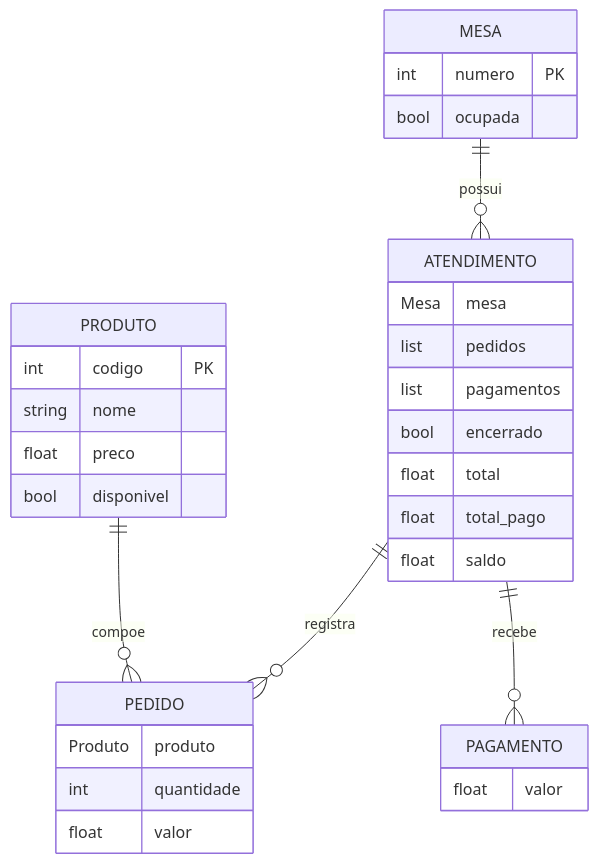
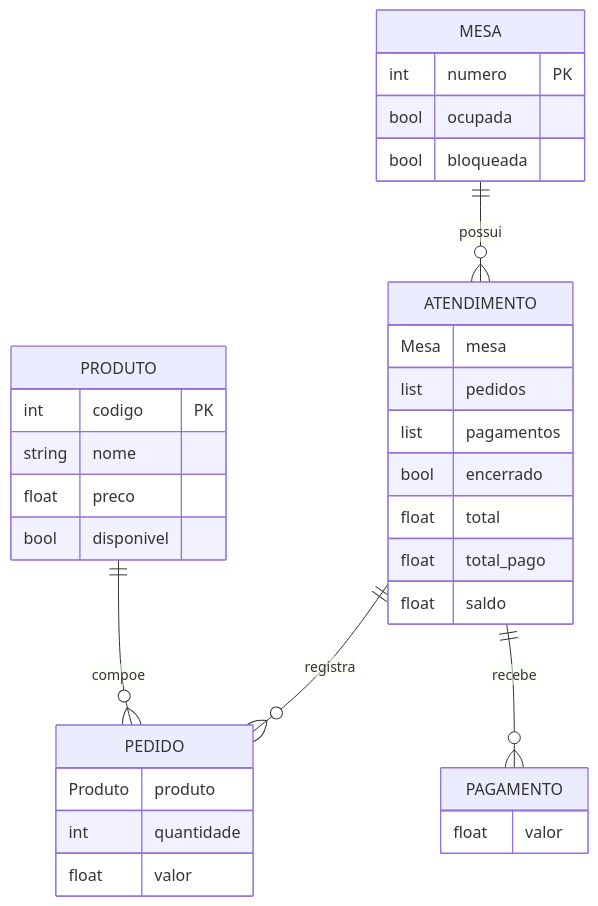
Before and after one commit to lariescolar/RegistroDeComandas: the diagram in README.md, drawn with Mermaid. The commit also changed other lines of this file and 71 other files, not shown here.

````diff
--- a/README.md
+++ b/README.md
@@ -203,39 +239,40 @@
 ```mermaid
 erDiagram
     MESA ||--o{ ATENDIMENTO : possui
     ATENDIMENTO ||--o{ PEDIDO : registra
     PRODUTO ||--o{ PEDIDO : compoe
     ATENDIMENTO ||--o{ PAGAMENTO : recebe
 
     MESA {
         int numero PK
         bool ocupada
+        bool bloqueada
     }
 
     ATENDIMENTO {
         Mesa mesa
         list pedidos
         list pagamentos
         bool encerrado
         float total
         float total_pago
         float saldo
     }
 
     PRODUTO {
         int codigo PK
         string nome
         float preco
         bool disponivel
     }
 
     PEDIDO {
         Produto produto
         int quantidade
         float valor
     }
 
     PAGAMENTO {
         float valor
     }
 ```
````
